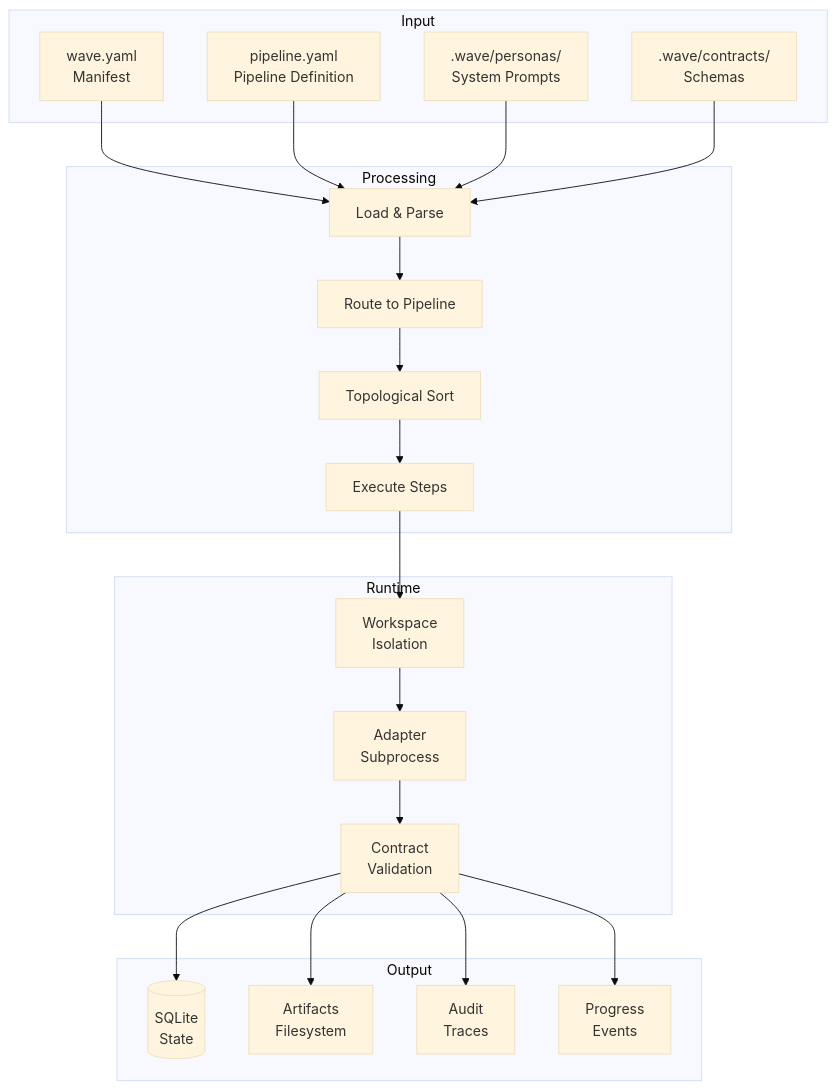
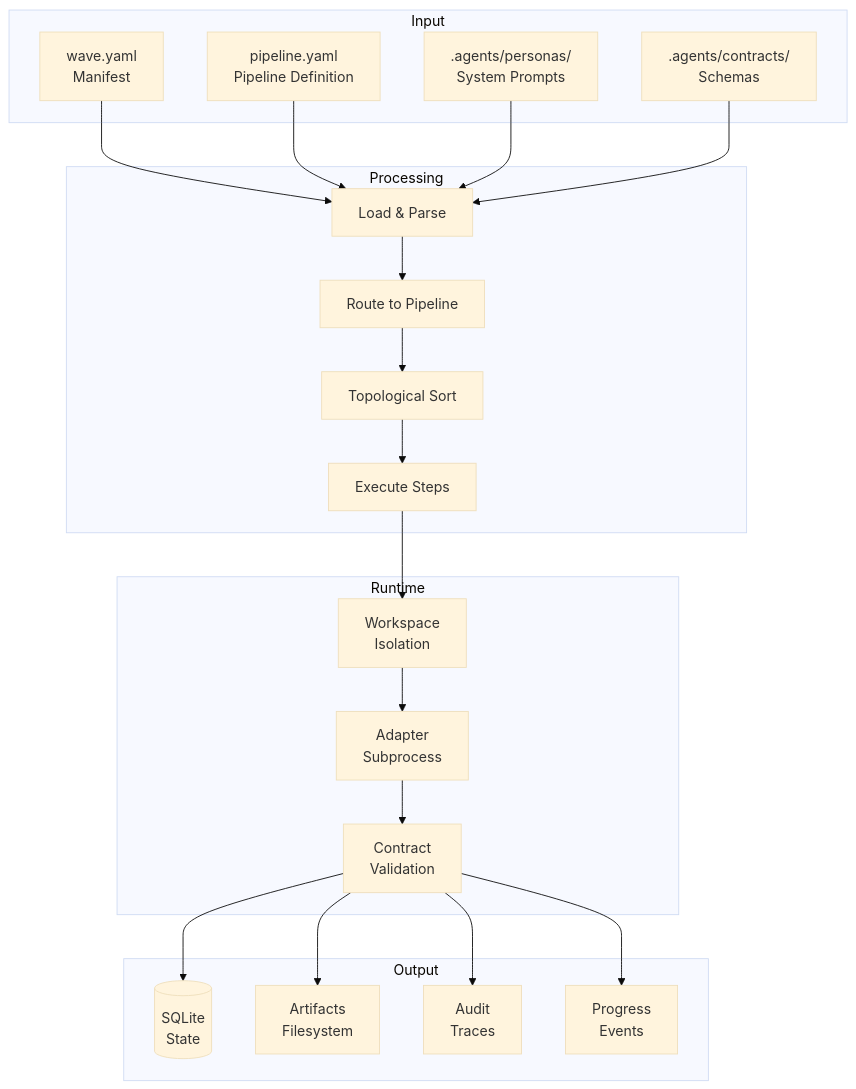
Before and after one commit to re-cinq/wave: diagram 17 of 17 in docs/.archive/wave-architecture.md, drawn with Mermaid (base theme). The commit also changed other lines of this file and 629 other files, not shown here.

First line of the commit message:
refactor(layout): rename .wave/ → .agents/ for cross-tool convention

````diff
--- a/docs/.archive/wave-architecture.md
+++ b/docs/.archive/wave-architecture.md
@@ -559,34 +559,34 @@
 ```mermaid
 flowchart TB
     subgraph Input
         YAML[wave.yaml<br/>Manifest]
         PIPELINE[pipeline.yaml<br/>Pipeline Definition]
-        PERSONA[.wave/personas/<br/>System Prompts]
-        CONTRACT[.wave/contracts/<br/>Schemas]
+        PERSONA[.agents/personas/<br/>System Prompts]
+        CONTRACT[.agents/contracts/<br/>Schemas]
     end
 
     subgraph Processing
         LOAD[Load & Parse]
         ROUTE[Route to Pipeline]
         SORT[Topological Sort]
         EXEC[Execute Steps]
     end
 
     subgraph Runtime
         WS[Workspace<br/>Isolation]
         ADAPT[Adapter<br/>Subprocess]
         VALID[Contract<br/>Validation]
     end
 
     subgraph Output
         STATE[(SQLite<br/>State)]
         ARTIFACTS[Artifacts<br/>Filesystem]
         TRACES[Audit<br/>Traces]
         EVENTS[Progress<br/>Events]
     end
 
     YAML & PIPELINE & PERSONA & CONTRACT --> LOAD
     LOAD --> ROUTE --> SORT --> EXEC
     EXEC --> WS --> ADAPT --> VALID
     VALID --> STATE & ARTIFACTS & TRACES & EVENTS
 ```
````
